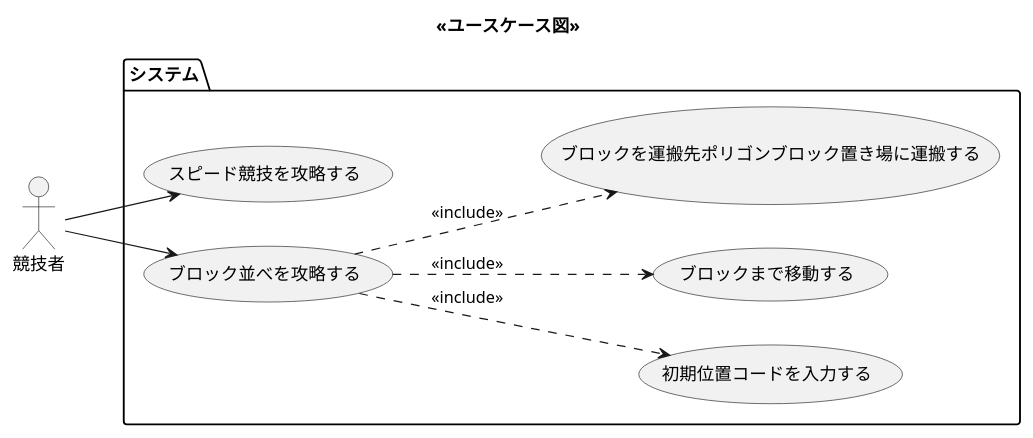
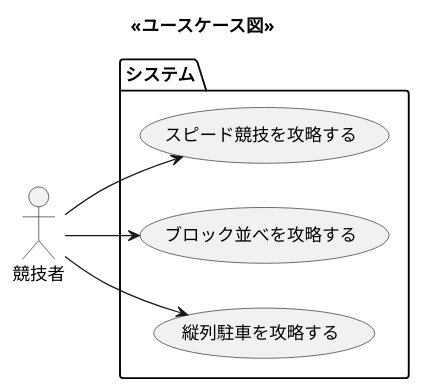
Before and after one commit to TK-R/ET2017-UML: the diagram in UseCase/ユースケース図.puml, drawn with PlantUML. The commit also changed 1 other file, not shown here.

Commit message:
分析モデルの図を追加

```diff
--- a/UseCase/ユースケース図.puml
+++ b/UseCase/ユースケース図.puml
@@ -1,23 +1,19 @@
 @startuml
 title << ユースケース図 >>
 
 left to right direction
 
 actor   競技者
 
 package システム {
 	usecase	スピード競技を攻略する
 	usecase	ブロック並べを攻略する
-	usecase 初期位置コードを入力する
-	usecase ブロックまで移動する
-	usecase ブロックを運搬先ポリゴンブロック置き場に運搬する
+	usecase 縦列駐車を攻略する
+
 }
 
 競技者 --> スピード競技を攻略する
 競技者 --> ブロック並べを攻略する
-
-ブロック並べを攻略する .-> 初期位置コードを入力する : <<include>>
-ブロック並べを攻略する .-> ブロックまで移動する : <<include>>
-ブロック並べを攻略する .-> ブロックを運搬先ポリゴンブロック置き場に運搬する : <<include>>
+競技者 --> 縦列駐車を攻略する
 
 @enduml
```
